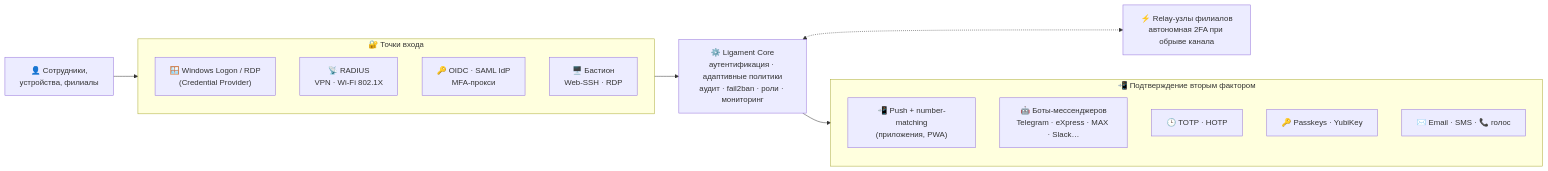
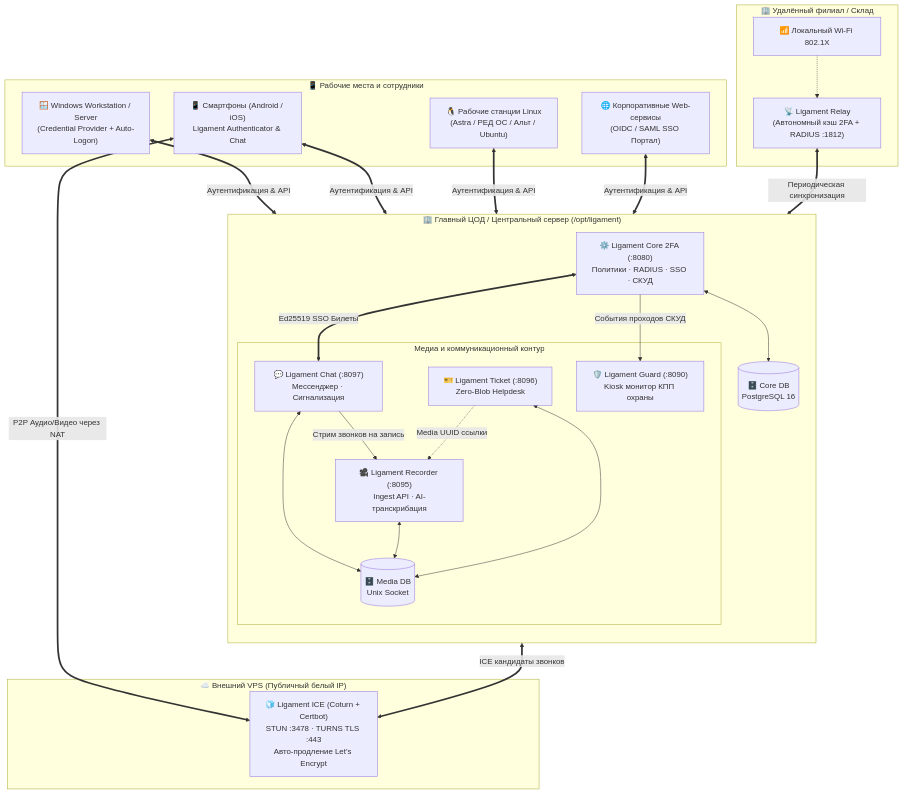
The diagram in README.ru.md (aligorov/ligament), drawn with Mermaid before and after one commit. The commit also changed other lines of this file and 9 other files, not shown here.

````diff
--- a/README.ru.md
+++ b/README.ru.md
@@ -47,28 +115,45 @@
 ```mermaid
-flowchart LR
-    U["👤 Сотрудники,<br/>устройства, филиалы"]
-
-    subgraph Entries["🔐 Точки входа"]
-        direction TB
-        CP["🪟 Windows Logon / RDP<br/>(Credential Provider)"]
-        RAD["📡 RADIUS<br/>VPN · Wi-Fi 802.1X"]
-        SSO["🔑 OIDC · SAML IdP<br/>MFA-прокси"]
-        BAS["🖥️ Бастион<br/>Web-SSH · RDP"]
+flowchart TB
+    subgraph Clients["📱 Рабочие места и сотрудники"]
+        WIN["🪟 Windows Workstation / Server<br/>(Credential Provider + Auto-Logon)"]
+        MOB["📱 Смартфоны (Android / iOS)<br/>Ligament Authenticator & Chat"]
+        LIN["🐧 Рабочие станции Linux<br/>(Astra / РЕД ОС / Альт / Ubuntu)"]
+        WEB["🌐 Корпоративные Web-сервисы<br/>(OIDC / SAML SSO Портал)"]
     end
 
-    CORE["⚙️ Ligament Core<br/>аутентификация · адаптивные политики<br/>аудит · fail2ban · роли · мониторинг"]
-
-    subgraph Factors["📲 Подтверждение вторым фактором"]
-        direction TB
-        F1["📲 Push + number-matching<br/>(приложения, PWA)"]
-        F2["🤖 Боты-мессенджеров<br/>Telegram · eXpress · MAX · Slack…"]
-        F3["🕒 TOTP · HOTP"]
-        F4["🔑 Passkeys · YubiKey"]
-        F5["✉️ Email · SMS · 📞 голос"]
+    subgraph EdgeBranch["🏢 Удалённый филиал / Склад"]
+        RELAY["📡 Ligament Relay<br/>(Автономный кэш 2FA + RADIUS :1812)"]
+        WIFI["📶 Локальный Wi-Fi 802.1X"]
+        WIFI -.-> RELAY
     end
 
-    REL["⚡ Relay-узлы филиалов<br/>автономная 2FA при обрыве канала"]
+    subgraph CentralHub["🏢 Главный ЦОД / Центральный сервер (/opt/ligament)"]
+        direction TB
+        CORE["⚙️ Ligament Core 2FA (:8080)<br/>Политики · RADIUS · SSO · СКУД"]
+        DB[("🗄️ Core DB<br/>PostgreSQL 16")]
+        CORE <--> DB
 
-    U --> Entries --> CORE --> Factors
-    CORE <-.-> REL
+        subgraph MediaStack["Медиа и коммуникационный контур"]
+            CHAT["💬 Ligament Chat (:8097)<br/>Мессенджер · Сигнализация"]
+            REC["🎥 Ligament Recorder (:8095)<br/>Ingest API · AI-транскрибация"]
+            TICK["🎫 Ligament Ticket (:8096)<br/>Zero-Blob Helpdesk"]
+            GUARD["🛡️ Ligament Guard (:8090)<br/>Kiosk монитор КПП охраны"]
+            MDB[("🗄️ Media DB<br/>Unix Socket")]
+            CHAT & REC & TICK <--> MDB
+        end
+
+        CORE <==>|Ed25519 SSO Билеты| CHAT
+        CHAT -->|Стрим звонков на запись| REC
+        TICK -.->|Media UUID ссылки| REC
+        CORE -->|События проходов СКУД| GUARD
+    end
+
+    subgraph PublicCloud["☁️ Внешний VPS (Публичный белый IP)"]
+        ICE["🧊 Ligament ICE (Coturn + Certbot)<br/>STUN :3478 · TURNS TLS :443<br/>Авто-продление Let's Encrypt"]
+    end
+
+    WIN & MOB & LIN & WEB <==>|Аутентификация & API| CORE
+    RELAY <==>|Периодическая синхронизация| CORE
+    MOB <==>|P2P Аудио/Видео через NAT| ICE
+    CHAT <==>|ICE кандидаты звонков| ICE
 ```
````
